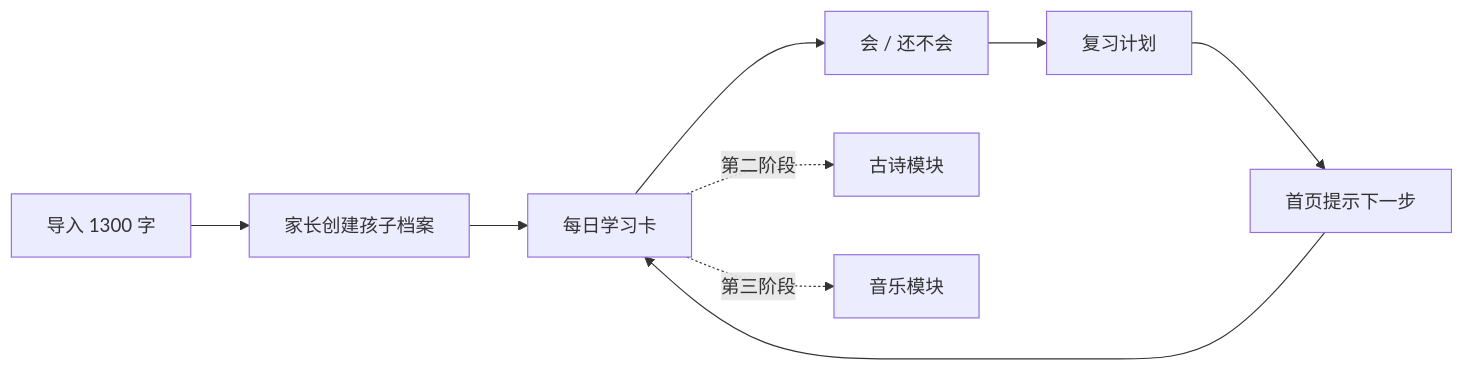
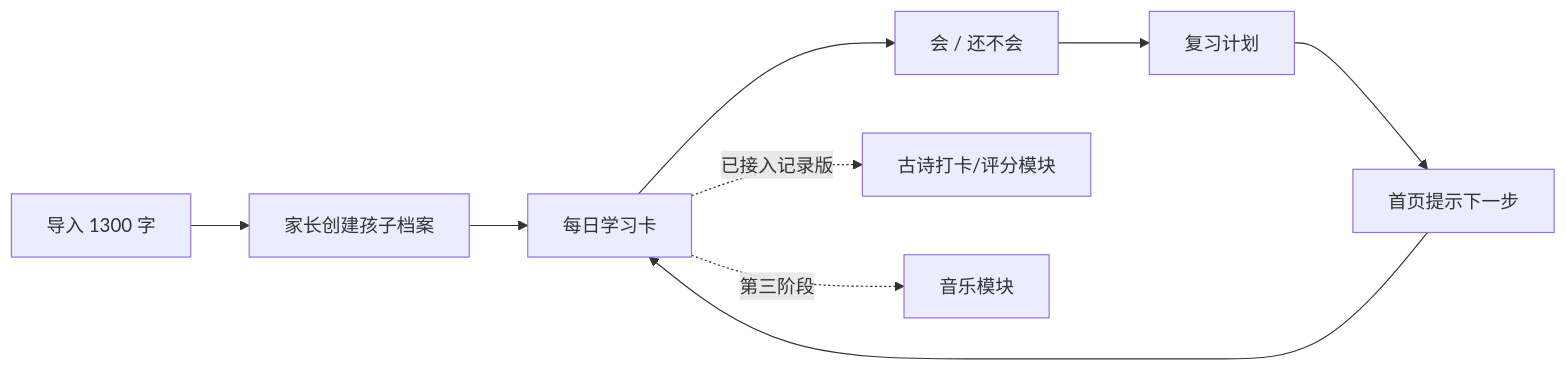
Before and after one commit to FisherUp11/Fisher_Learning_System: the diagram in README.md, drawn with Mermaid. The commit also changed other lines of this file and 20 other files, not shown here.

````diff
--- a/README.md
+++ b/README.md
@@ -54,11 +55,11 @@
 ```mermaid
 flowchart LR
   A[导入 1300 字] --> B[家长创建孩子档案]
   B --> C[每日学习卡]
   C --> D[会 / 还不会]
   D --> E[复习计划]
   E --> F[首页提示下一步]
   F --> C
-  C -.第二阶段.-> G[古诗模块]
+  C -.已接入记录版.-> G[古诗打卡/评分模块]
   C -.第三阶段.-> H[音乐模块]
 ```
````
